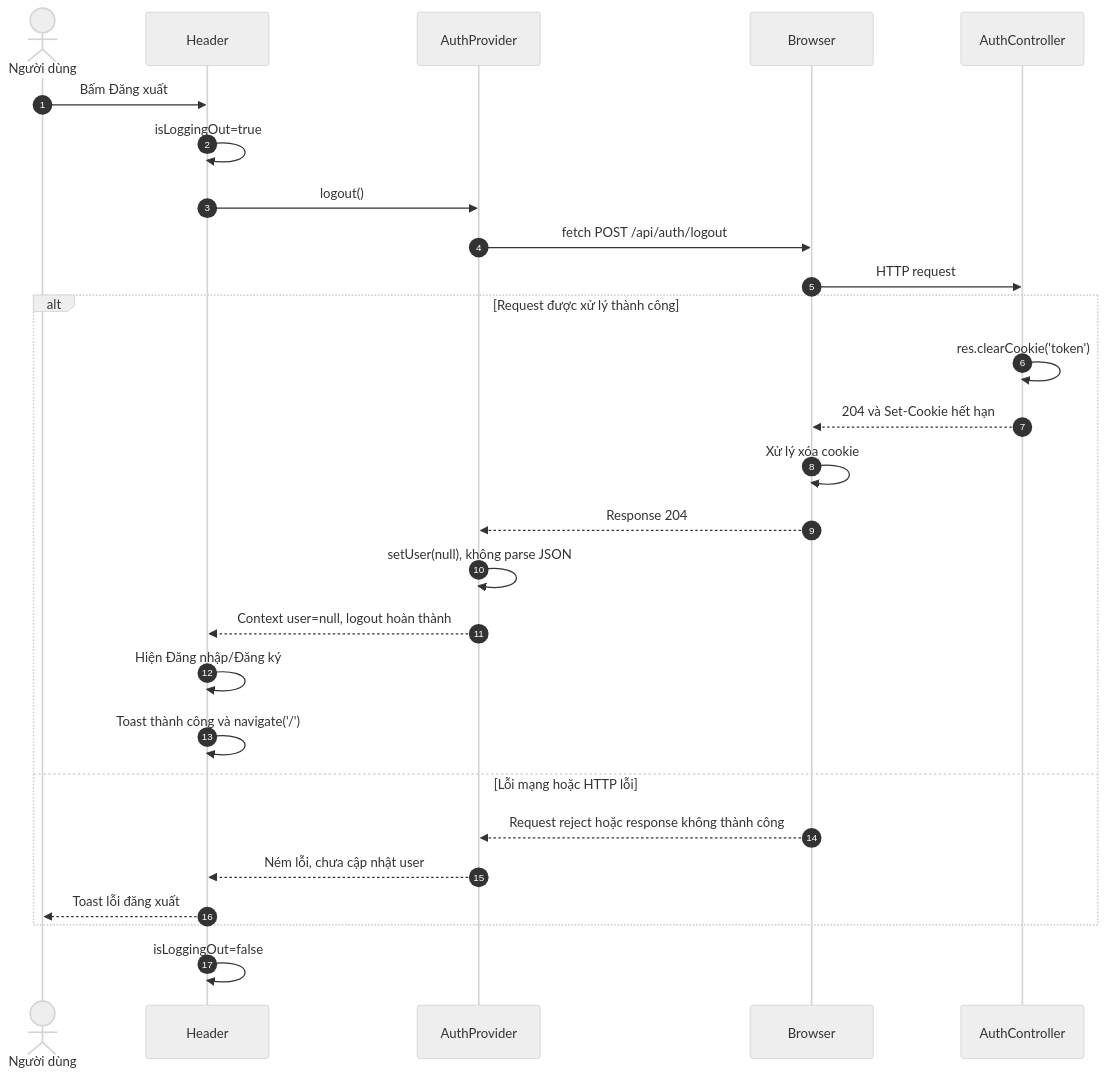
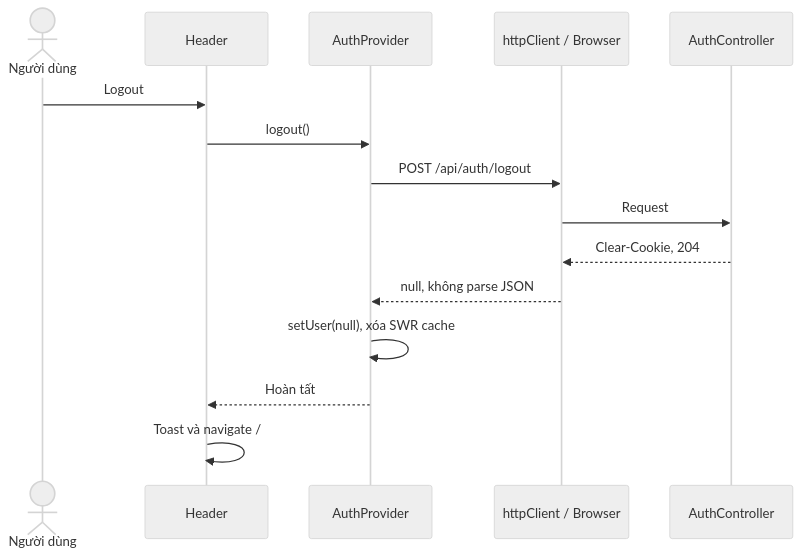
One commit to VuongQuocHung/Todo-List changed the fourth of 9 diagrams in docs/sequence-diagrams.md. Above: the diagram before and after it, drawn with Mermaid (neutral theme). The commit also changed other lines of this file and 9 other files, not shown here.

Commit message:
cập nhật plan

````diff
--- a/docs/sequence-diagrams.md
+++ b/docs/sequence-diagrams.md
@@ -243,30 +110,17 @@
 ```mermaid
 sequenceDiagram
-    autonumber
     actor U as Người dùng
     participant H as Header
     participant A as AuthProvider
-    participant B as Browser
+    participant B as httpClient / Browser
     participant C as AuthController
-
-    U->>H: Bấm Đăng xuất
-    H->>H: isLoggingOut=true
+    U->>H: Logout
     H->>A: logout()
-    A->>B: fetch POST /api/auth/logout
-    B->>C: HTTP request
-    alt Request được xử lý thành công
-        C->>C: res.clearCookie('token')
-        C-->>B: 204 và Set-Cookie hết hạn
-        B->>B: Xử lý xóa cookie
-        B-->>A: Response 204
-        A->>A: setUser(null), không parse JSON
-        A-->>H: Context user=null, logout hoàn thành
-        H->>H: Hiện Đăng nhập/Đăng ký
-        H->>H: Toast thành công và navigate('/')
-    else Lỗi mạng hoặc HTTP lỗi
-        B-->>A: Request reject hoặc response không thành công
-        A-->>H: Ném lỗi, chưa cập nhật user
-        H-->>U: Toast lỗi đăng xuất
-    end
-    H->>H: isLoggingOut=false
+    A->>B: POST /api/auth/logout
+    B->>C: Request
+    C-->>B: Clear-Cookie, 204
+    B-->>A: null, không parse JSON
+    A->>A: setUser(null), xóa SWR cache
+    A-->>H: Hoàn tất
+    H->>H: Toast và navigate /
 ```
````
